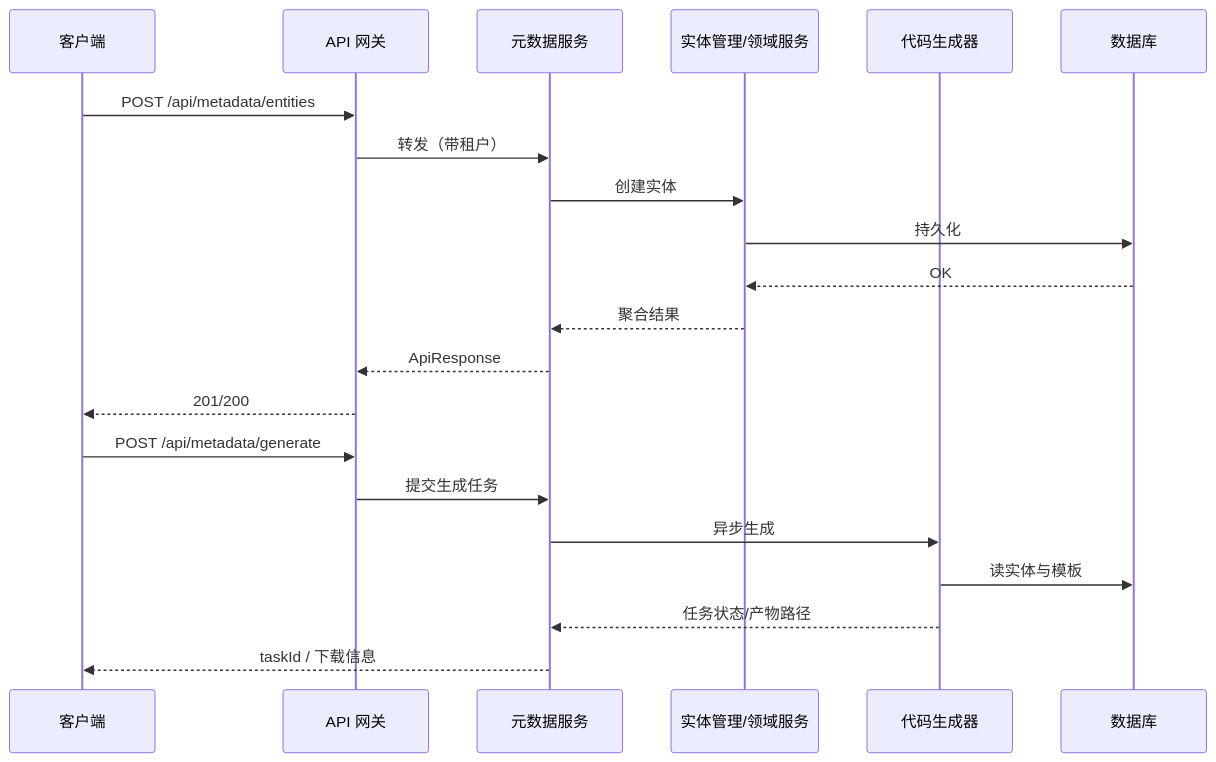
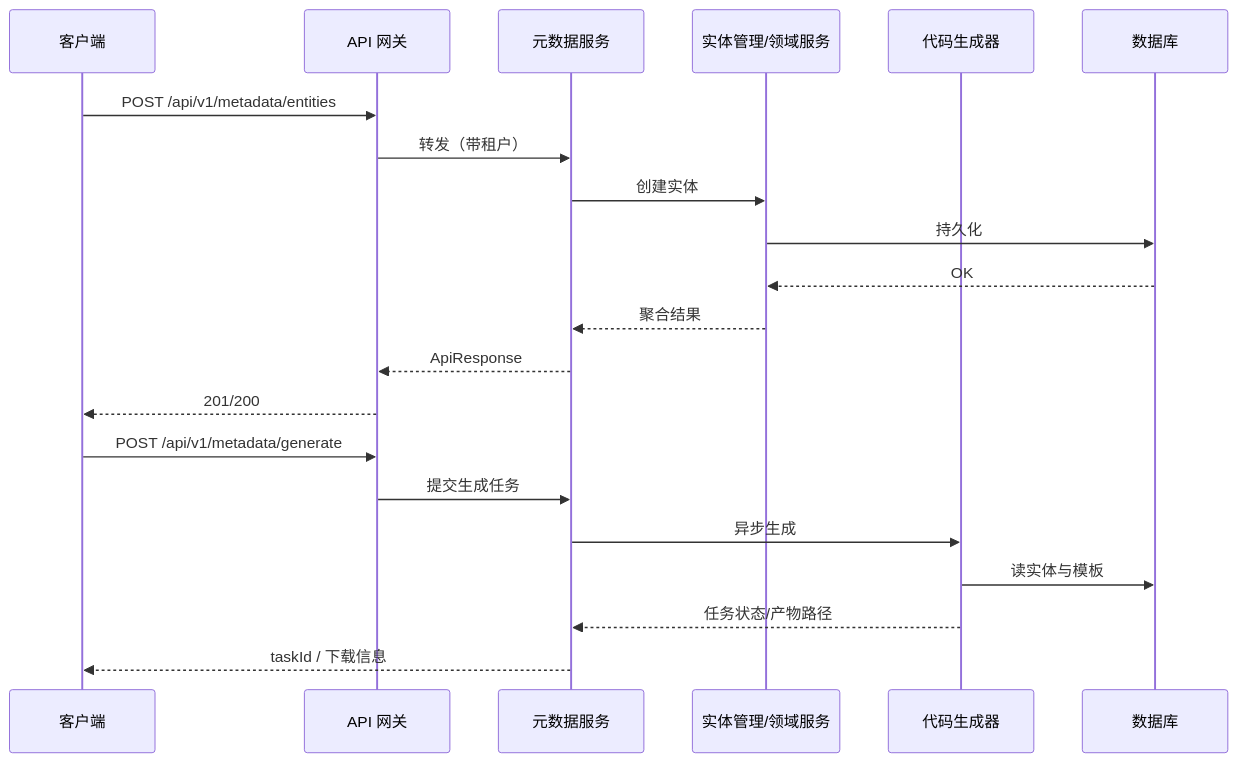
One commit to trenhui/bone changed the sixth of 10 diagrams in doc/architecture/BONE-总体架构设计方案.md. Above: the diagram before and after it, drawn with Mermaid. The commit also changed other lines of this file and 357 other files, not shown here.

````diff
--- a/doc/architecture/BONE-总体架构设计方案.md
+++ b/doc/architecture/BONE-总体架构设计方案.md
@@ -1090,25 +1094,25 @@
 ```mermaid
 sequenceDiagram
     participant C as 客户端
     participant GW as API 网关
     participant MC as 元数据服务
     participant EM as 实体管理/领域服务
     participant CG as 代码生成器
     participant DB as 数据库
 
-    C->>GW: POST /api/metadata/entities
+    C->>GW: POST /api/v1/metadata/entities
     GW->>MC: 转发（带租户）
     MC->>EM: 创建实体
     EM->>DB: 持久化
     DB-->>EM: OK
     EM-->>MC: 聚合结果
     MC-->>GW: ApiResponse
     GW-->>C: 201/200
 
-    C->>GW: POST /api/metadata/generate
+    C->>GW: POST /api/v1/metadata/generate
     GW->>MC: 提交生成任务
     MC->>CG: 异步生成
     CG->>DB: 读实体与模板
     CG-->>MC: 任务状态/产物路径
     MC-->>C: taskId / 下载信息
 ```
````
